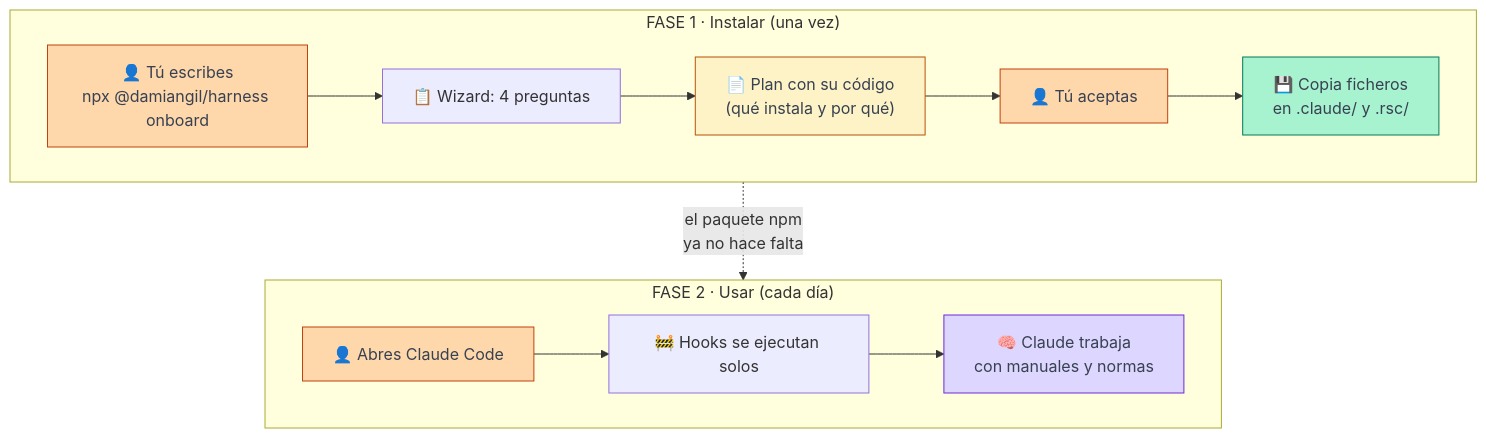
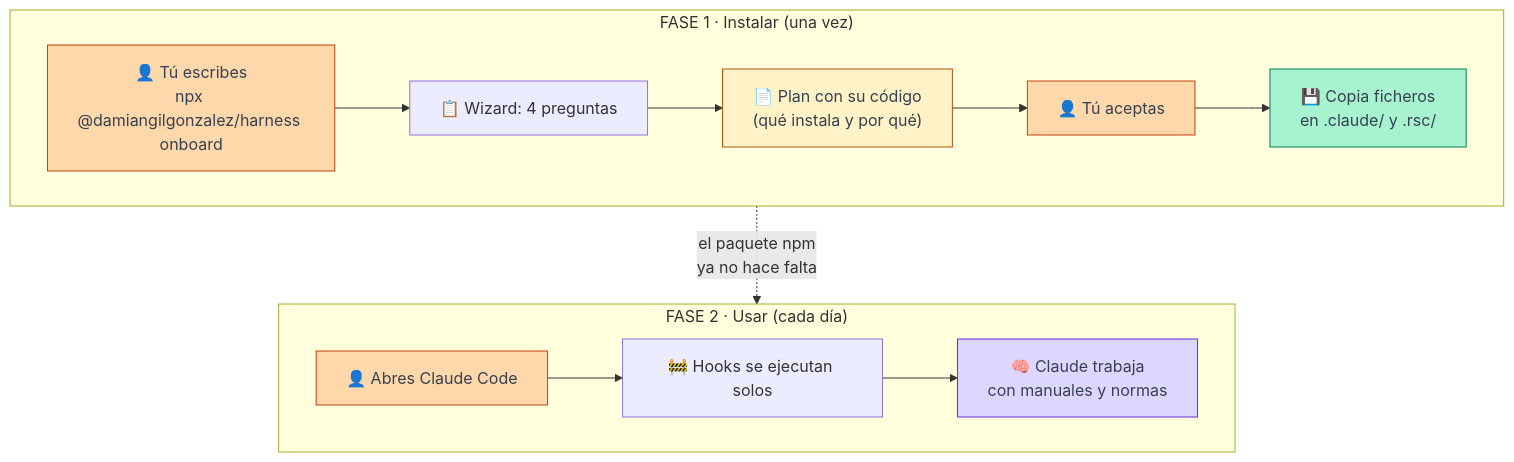
The second of 9 diagrams in docs/como-funciona/mapa-del-harness.md (damiangilgonzalez1995/rsc-harness), drawn with Mermaid before and after one commit. The commit also changed other lines of this file and 32 other files, not shown here.

First line of the commit message:
🔧 chore(npm): publicar como @damiangilgonzalez/harness

````diff
--- a/docs/como-funciona/mapa-del-harness.md
+++ b/docs/como-funciona/mapa-del-harness.md
@@ -42,27 +42,27 @@
 ```mermaid
 flowchart TD
     subgraph fase1["FASE 1 · Instalar (una vez)"]
         direction LR
-        tu1["👤 Tú escribes<br>npx @damiangil/harness onboard"]:::trigger
+        tu1["👤 Tú escribes<br>npx @damiangilgonzalez/harness onboard"]:::trigger
         wizard["📋 Wizard: 4 preguntas"]
         plan["📄 Plan con su código<br>(qué instala y por qué)"]:::decision
         acepta["👤 Tú aceptas"]:::trigger
         escribe["💾 Copia ficheros<br>en .claude/ y .rsc/"]:::success
         tu1 --> wizard --> plan --> acepta --> escribe
     end
 
     subgraph fase2["FASE 2 · Usar (cada día)"]
         direction LR
         abre["👤 Abres Claude Code"]:::trigger
         hooks["🚧 Hooks se ejecutan solos"]
         claude2["🧠 Claude trabaja<br>con manuales y normas"]:::ai
         abre --> hooks --> claude2
     end
 
     escribe -. "el paquete npm<br>ya no hace falta" .-> abre
 
     classDef ai fill:#ddd6fe,stroke:#6d28d9,color:#374151
     classDef success fill:#a7f3d0,stroke:#047857,color:#374151
     classDef trigger fill:#fed7aa,stroke:#c2410c,color:#374151
     classDef decision fill:#fef3c7,stroke:#b45309,color:#374151
 ```
````
